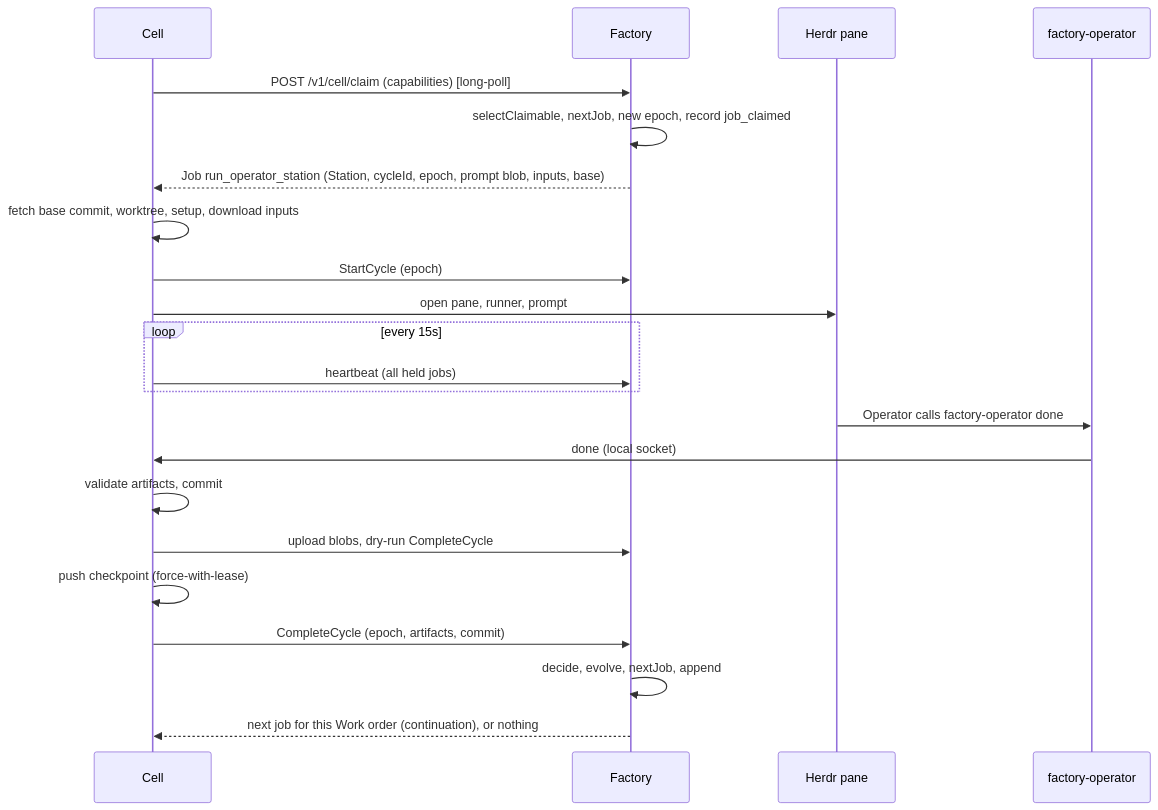
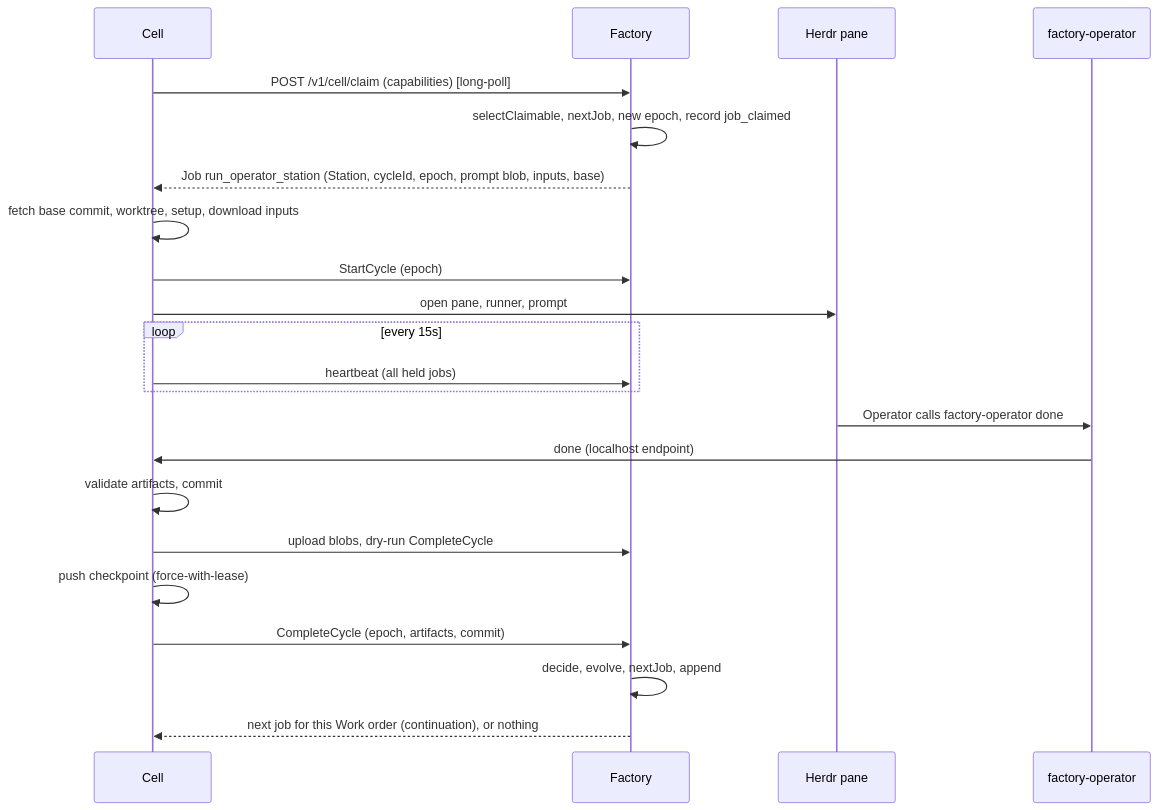
One commit to xyashino/software-factory changed the fifth of 8 diagrams in docs/PLAN.md. Above: the diagram before and after it, drawn with Mermaid. The commit also changed other lines of this file and 81 other files, not shown here.

````diff
--- a/docs/PLAN.md
+++ b/docs/PLAN.md
@@ -206,24 +209,24 @@
 ```mermaid
 sequenceDiagram
   participant C as Cell
   participant S as Factory
   participant H as Herdr pane
   participant O as factory-operator
   C->>S: POST /v1/cell/claim (capabilities)  [long-poll]
   S->>S: selectClaimable, nextJob, new epoch, record job_claimed
   S-->>C: Job run_operator_station (Station, cycleId, epoch, prompt blob, inputs, base)
   C->>C: fetch base commit, worktree, setup, download inputs
   C->>S: StartCycle (epoch)
   C->>H: open pane, runner, prompt
   loop every 15s
     C->>S: heartbeat (all held jobs)
   end
   H->>O: Operator calls factory-operator done
-  O->>C: done (local socket)
+  O->>C: done (localhost endpoint)
   C->>C: validate artifacts, commit
   C->>S: upload blobs, dry-run CompleteCycle
   C->>C: push checkpoint (force-with-lease)
   C->>S: CompleteCycle (epoch, artifacts, commit)
   S->>S: decide, evolve, nextJob, append
   S-->>C: next job for this Work order (continuation), or nothing
 ```
````
